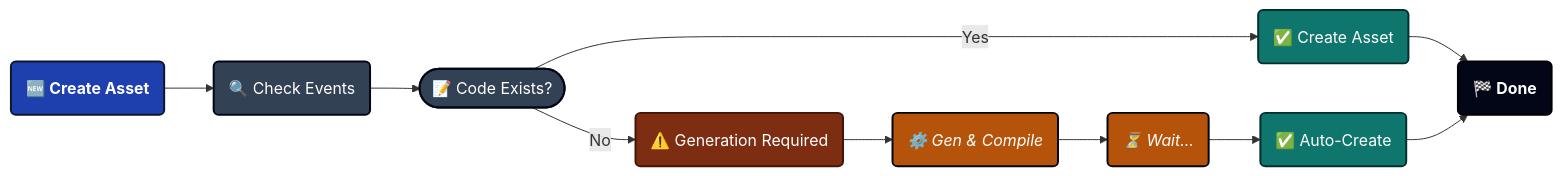
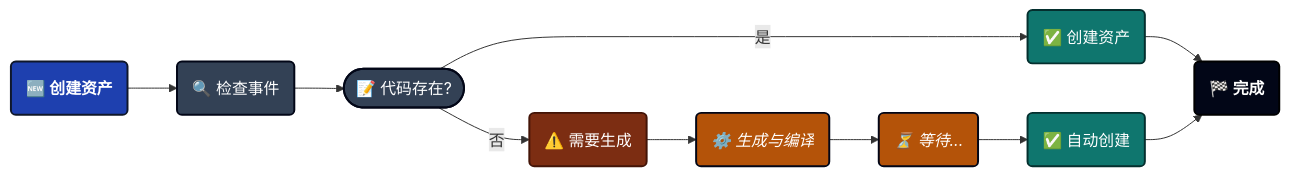
Before and after one commit to tinygiants-tech/TinyGiants: the first of 4 diagrams in i18n/zh/docusaurus-plugin-content-docs/current/game-event-system/visual-workflow/game-event-creator.md, drawn with Mermaid. The commit also changed other lines of this file and 7 other files, not shown here.

````diff
--- a/i18n/zh/docusaurus-plugin-content-docs/current/game-event-system/visual-workflow/game-event-creator.md
+++ b/i18n/zh/docusaurus-plugin-content-docs/current/game-event-system/visual-workflow/game-event-creator.md
@@ -259,22 +259,22 @@
 ```mermaid
 graph LR
     classDef start fill:#1e40af,stroke:#0f172a,stroke-width:2px,color:#ffffff,font-weight:bold
     classDef decision fill:#334155,stroke:#020617,stroke-width:2px,color:#ffffff
     classDef success fill:#0f766e,stroke:#042f2e,stroke-width:2px,color:#ffffff
     classDef warning fill:#7c2d12,stroke:#431407,stroke-width:2px,color:#ffffff
     classDef wait fill:#b45309,stroke:#020617,stroke-width:2px,color:#ffffff,font-style:italic
     classDef endNode fill:#020617,stroke:#000000,stroke-width:2px,color:#ffffff,font-weight:bold
 
-    A(🆕 Create Asset):::start --> B(🔍 Check Events):::decision
-    B --> C([📝 Code Exists?]):::decision
+    A(🆕 创建资产):::start --> B(🔍 检查事件):::decision
+    B --> C([📝 代码存在?]):::decision
     
-    C -- Yes --> D(✅ Create Asset):::success
-    C -- No --> E(⚠️ Generation Required):::warning
+    C -- 是 --> D(✅ 创建资产):::success
+    C -- 否 --> E(⚠️ 需要生成):::warning
     
-    E --> F(⚙️ Gen & Compile):::wait
-    F --> G(⏳ Wait...):::wait
-    G --> H(✅ Auto-Create):::success
+    E --> F(⚙️ 生成与编译):::wait
+    F --> G(⏳ 等待...):::wait
+    G --> H(✅ 自动创建):::success
     
-    D --> I(🏁 Done):::endNode
+    D --> I(🏁 完成):::endNode
     H --> I
 ```
````
